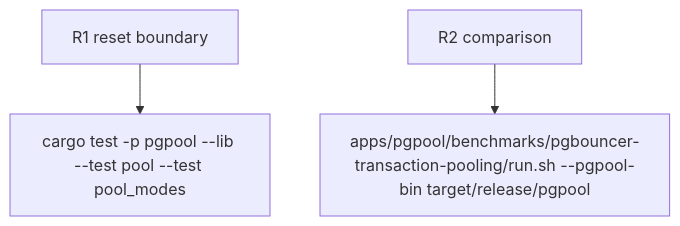
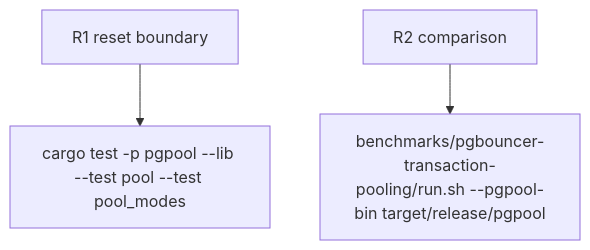
The second of 2 diagrams in tech-design/logic/p0-reuse-transaction-backend-framereader-for-reset-response.md (faberline/pgpool), drawn with Mermaid before and after one commit. The commit also changed other lines of this file and 120 other files, not shown here.

````diff
--- a/tech-design/logic/p0-reuse-transaction-backend-framereader-for-reset-response.md
+++ b/tech-design/logic/p0-reuse-transaction-backend-framereader-for-reset-response.md
@@ -50,21 +50,21 @@
 ```mermaid
 ---
 id: pgpool-reset-reader-reuse-contract-verification
 requirements:
   comparison:
     id: R2
     text: "Benchmark validation still requires all clients and no pgbench errors for every run."
     kind: integration
     risk: high
-    verify: apps/pgpool/benchmarks/pgbouncer-transaction-pooling/run.sh --pgpool-bin target/release/pgpool
+    verify: benchmarks/pgbouncer-transaction-pooling/run.sh --pgpool-bin target/release/pgpool
   reset_boundary:
     id: R1
     text: "Reader reuse cannot change the ReadyForQuery reset boundary, session-state isolation, or failed-reset close outcome."
     kind: regression
     risk: high
     verify: cargo test -p pgpool --lib --test pool --test pool_modes
 ---
 flowchart TD
     r1[R1 reset boundary] --> cargo_test_p_pgpool_lib_test_pool_test_pool_modes[cargo test -p pgpool --lib --test pool --test pool_modes]
-    r2[R2 comparison] --> apps_pgpool_benchmarks_pgbouncer_transaction_pooling_run_sh_pgpool_bin_target_release_pgpool[apps/pgpool/benchmarks/pgbouncer-transaction-pooling/run.sh --pgpool-bin target/release/pgpool]
+    r2[R2 comparison] --> apps_pgpool_benchmarks_pgbouncer_transaction_pooling_run_sh_pgpool_bin_target_release_pgpool[benchmarks/pgbouncer-transaction-pooling/run.sh --pgpool-bin target/release/pgpool]
 ```
````
